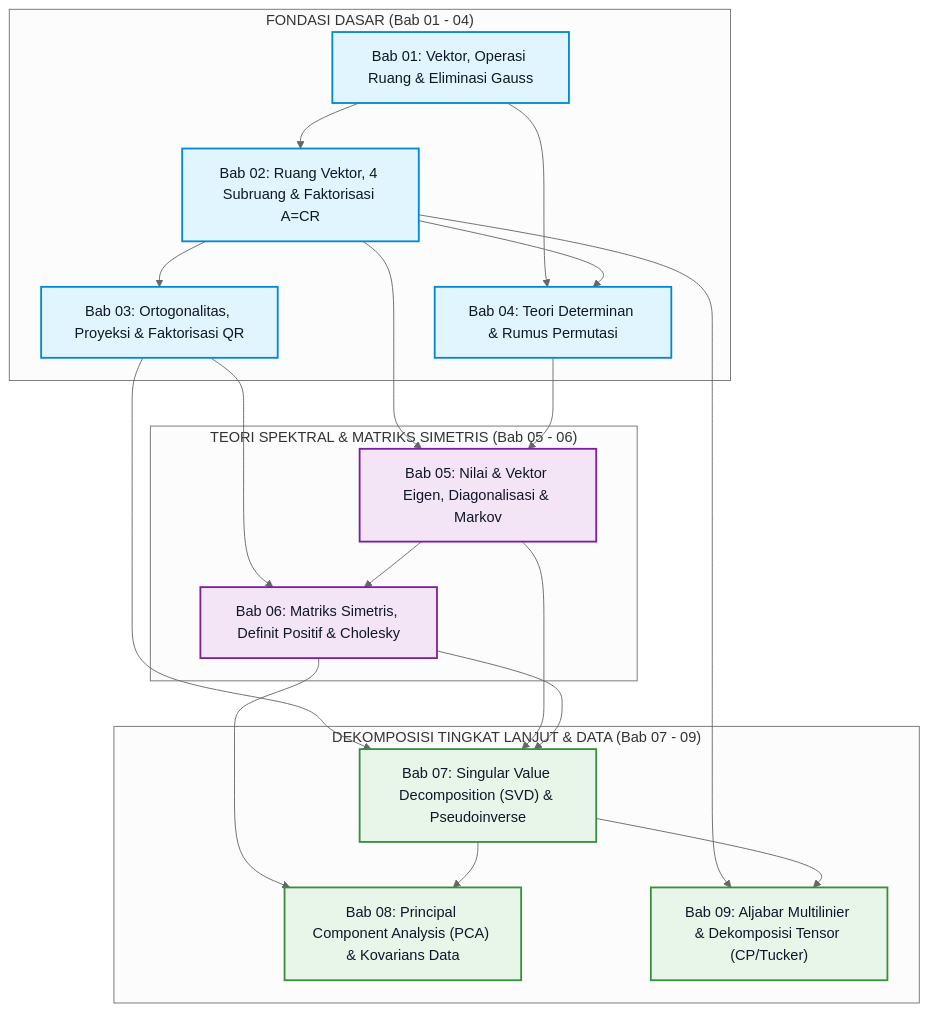
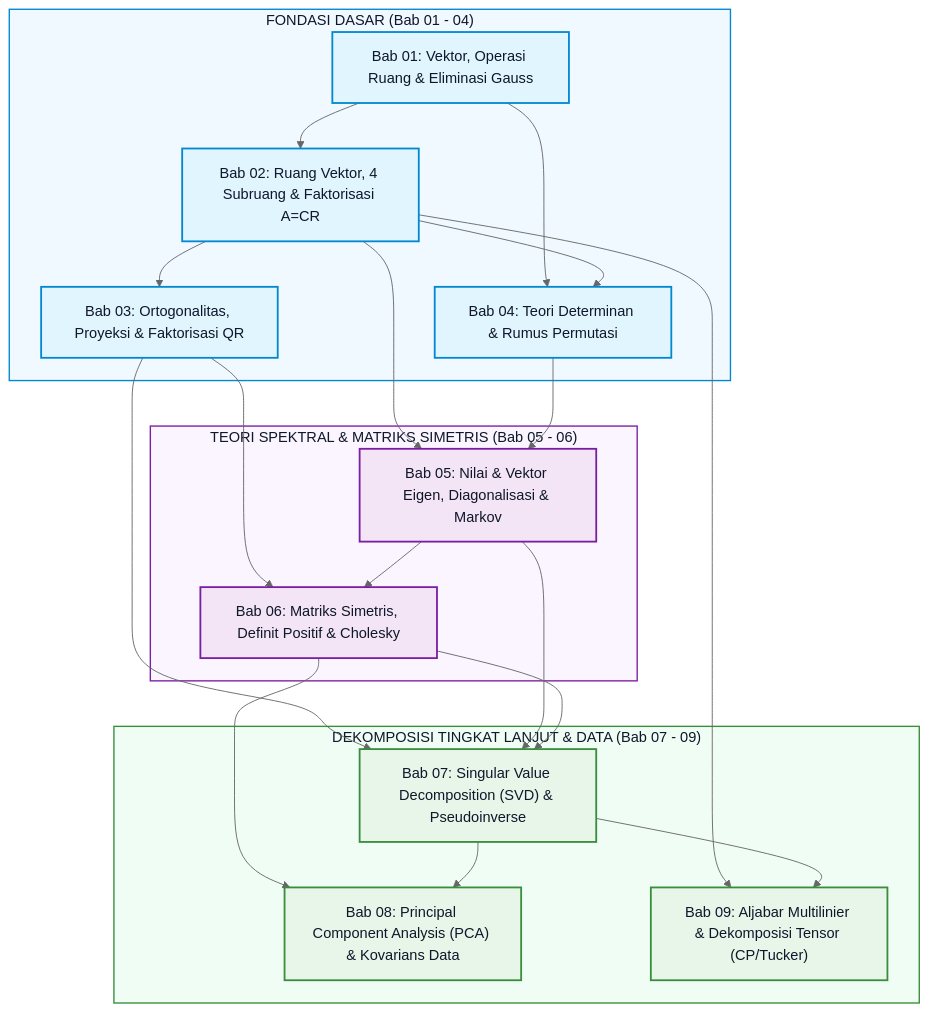
Before and after one commit to Rizki2204/ultimate-learning-paths: the first of 2 diagrams in curriculum/01-fondasi-matematika/011-aljabar-linier-teori-matriks/README.md, drawn with Mermaid (neutral theme). The commit also changed other lines of this file and 11 other files, not shown here.

Commit message:
fix(pilot-011): eliminate control characters, consolidate math derivations, and enforce mermaid dark mode contrast

````diff
--- a/curriculum/01-fondasi-matematika/011-aljabar-linier-teori-matriks/README.md
+++ b/curriculum/01-fondasi-matematika/011-aljabar-linier-teori-matriks/README.md
@@ -189,50 +189,54 @@
 ```mermaid
 flowchart TD
     subgraph CoreFoundations ["FONDASI DASAR (Bab 01 - 04)"]
         Sub01["Bab 01: Vektor, Operasi Ruang & Eliminasi Gauss"]
         Sub02["Bab 02: Ruang Vektor, 4 Subruang & Faktorisasi A=CR"]
         Sub03["Bab 03: Ortogonalitas, Proyeksi & Faktorisasi QR"]
         Sub04["Bab 04: Teori Determinan & Rumus Permutasi"]
     end
 
     subgraph SpectralTheory ["TEORI SPEKTRAL & MATRIKS SIMETRIS (Bab 05 - 06)"]
         Sub05["Bab 05: Nilai & Vektor Eigen, Diagonalisasi & Markov"]
         Sub06["Bab 06: Matriks Simetris, Definit Positif & Cholesky"]
     end
 
     subgraph AdvancedDecompositions ["DEKOMPOSISI TINGKAT LANJUT & DATA (Bab 07 - 09)"]
         Sub07["Bab 07: Singular Value Decomposition (SVD) & Pseudoinverse"]
         Sub08["Bab 08: Principal Component Analysis (PCA) & Kovarians Data"]
         Sub09["Bab 09: Aljabar Multilinier & Dekomposisi Tensor (CP/Tucker)"]
     end
 
     %% Dependencies
     Sub01 --> Sub02
     Sub02 --> Sub03
     Sub01 --> Sub04
     Sub02 --> Sub04
 
     Sub02 --> Sub05
     Sub04 --> Sub05
 
     Sub03 --> Sub06
     Sub05 --> Sub06
 
     Sub03 --> Sub07
     Sub05 --> Sub07
     Sub06 --> Sub07
 
     Sub06 --> Sub08
     Sub07 --> Sub08
 
     Sub02 --> Sub09
     Sub07 --> Sub09
 
     classDef foundation fill:#e1f5fe,stroke:#0288d1,stroke-width:2px,color:#0f172a;
     classDef spectral fill:#f3e5f5,stroke:#7b1fa2,stroke-width:2px,color:#0f172a;
     classDef advanced fill:#e8f5e9,stroke:#388e3c,stroke-width:2px,color:#0f172a;
 
     class Sub01,Sub02,Sub03,Sub04 foundation;
     class Sub05,Sub06 spectral;
     class Sub07,Sub08,Sub09 advanced;
+
+    style CoreFoundations fill:#f0f9ff,stroke:#0288d1,stroke-width:1.5px,color:#0f172a;
+    style SpectralTheory fill:#faf5ff,stroke:#7b1fa2,stroke-width:1.5px,color:#0f172a;
+    style AdvancedDecompositions fill:#f0fdf4,stroke:#388e3c,stroke-width:1.5px,color:#0f172a;
 ```
````
